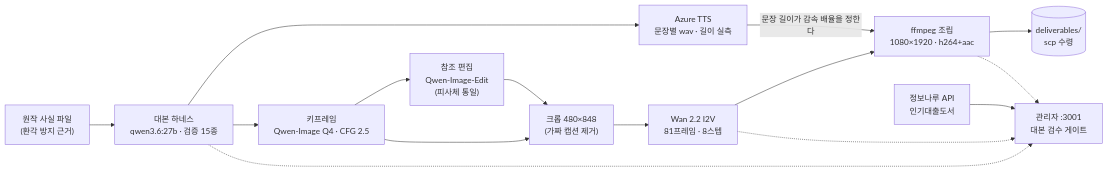
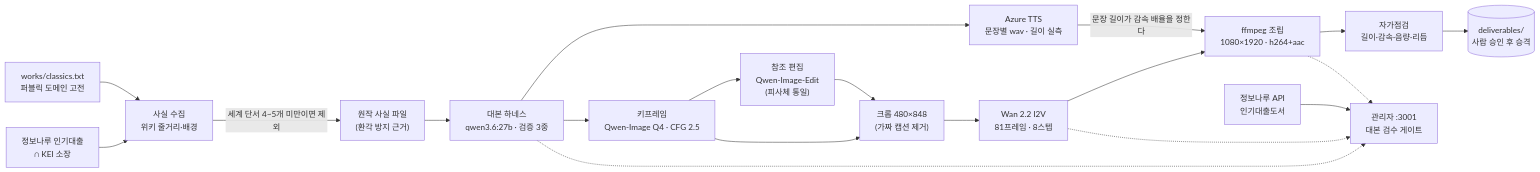
The diagram in README.md (mooner92/Bard), drawn with Mermaid before and after one commit. The commit also changed other lines of this file and 18 other files, not shown here.

````diff
--- a/README.md
+++ b/README.md
@@ -92,17 +101,21 @@
 ```mermaid
 flowchart LR
-  F["원작 사실 파일<br/>(환각 방지 근거)"] --> H["대본 하네스<br/>qwen3.6:27b · 검증 15종"]
+  S1["works/classics.txt<br/>퍼블릭 도메인 고전"] --> FB["사실 수집<br/>위키 줄거리·배경"]
+  S2["정보나루 인기대출<br/>∩ KEI 소장"] --> FB
+  FB -->|"세계 단서 4~5개 미만이면 제외"| F
+  F["원작 사실 파일<br/>(환각 방지 근거)"] --> H["대본 하네스<br/>qwen3.6:27b · 검증 3중"]
   H --> T["Azure TTS<br/>문장별 wav · 길이 실측"]
   H --> K["키프레임<br/>Qwen-Image Q4 · CFG 2.5"]
   K --> E["참조 편집<br/>Qwen-Image-Edit<br/>(피사체 통일)"]
   E --> C["크롭 480×848<br/>(가짜 캡션 제거)"]
   K --> C
   C --> V["Wan 2.2 I2V<br/>81프레임 · 8스텝"]
   T -->|"문장 길이가 감속 배율을 정한다"| A
   V --> A["ffmpeg 조립<br/>1080×1920 · h264+aac"]
-  A --> D[("deliverables/<br/>scp 수령")]
+  A --> R["자가점검<br/>길이·감속·음량·리듬"]
+  R --> D[("deliverables/<br/>사람 승인 후 승격")]
   H -.-> UI["관리자 :3001<br/>대본 검수 게이트"]
   V -.-> UI
   A -.-> UI
   B["정보나루 API<br/>인기대출도서"] --> UI
 ```
````
